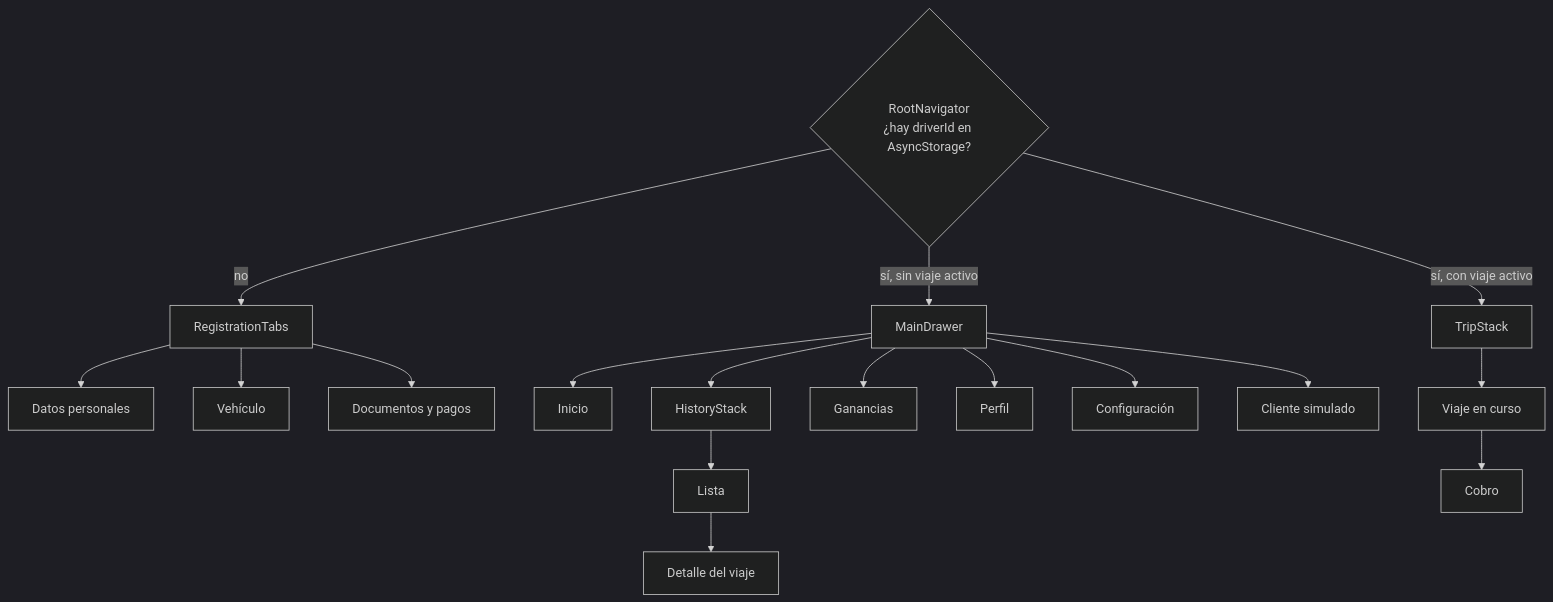
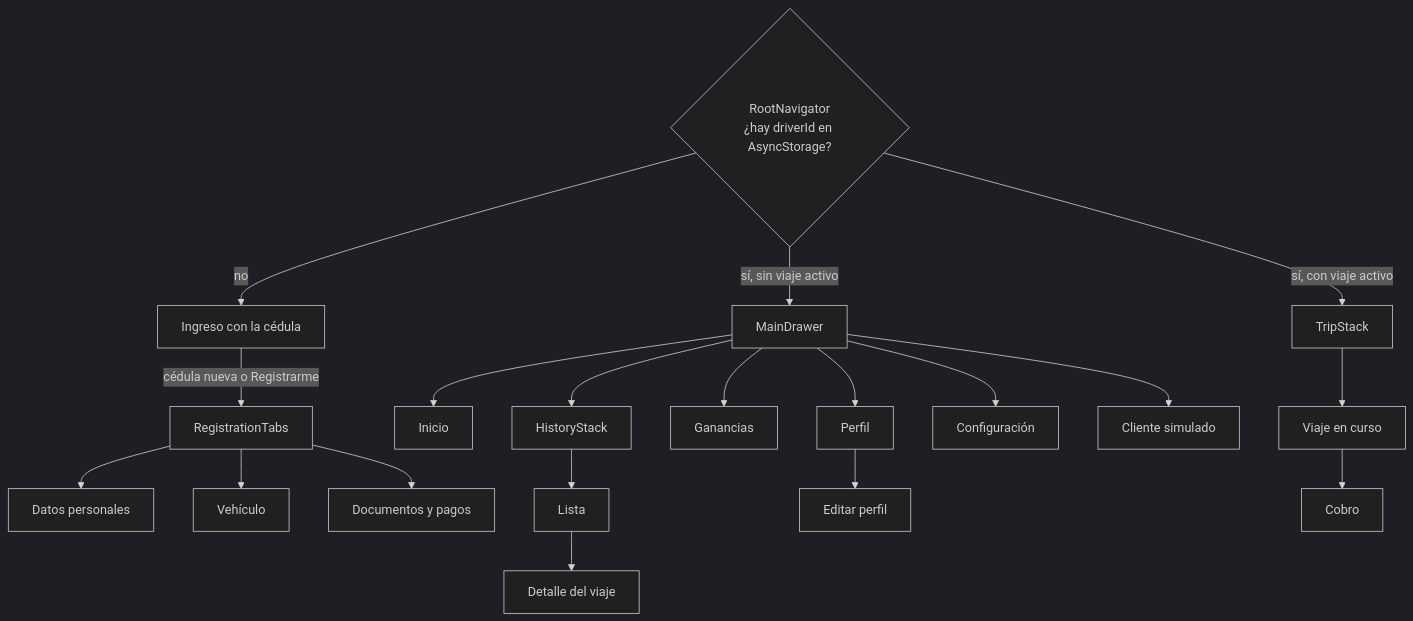
Before and after one commit to Etrejos97/uberclone-conductor: the second of 6 diagrams in docs/Diseno.md, drawn with Mermaid (dark theme). The commit also changed other lines of this file and 25 other files, not shown here.

Commit message:
Agrego el perfil con la edición del contacto, la renovación de documentos y la corrección del registro sin aprobar

````diff
--- a/docs/Diseno.md
+++ b/docs/Diseno.md
@@ -161,18 +168,20 @@
 ```mermaid
 flowchart TD
     Root{RootNavigator<br/>¿hay driverId en AsyncStorage?}
-    Root -- no --> Reg[RegistrationTabs]
+    Root -- no --> Login[Ingreso con la cédula]
+    Login -- "cédula nueva o Registrarme" --> Reg[RegistrationTabs]
     Root -- "sí, sin viaje activo" --> Drawer[MainDrawer]
     Root -- "sí, con viaje activo" --> Trip[TripStack]
     Reg --> T1[Datos personales]
     Reg --> T2[Vehículo]
     Reg --> T3[Documentos y pagos]
     Drawer --> Home[Inicio]
     Drawer --> Hist[HistoryStack]
     Drawer --> Earn[Ganancias]
     Drawer --> Prof[Perfil]
     Drawer --> Sett[Configuración]
     Drawer --> Sim[Cliente simulado]
     Hist --> HL[Lista] --> HD[Detalle del viaje]
+    Prof --> PE[Editar perfil]
     Trip --> TR[Viaje en curso] --> Pay[Cobro]
 ```
````
